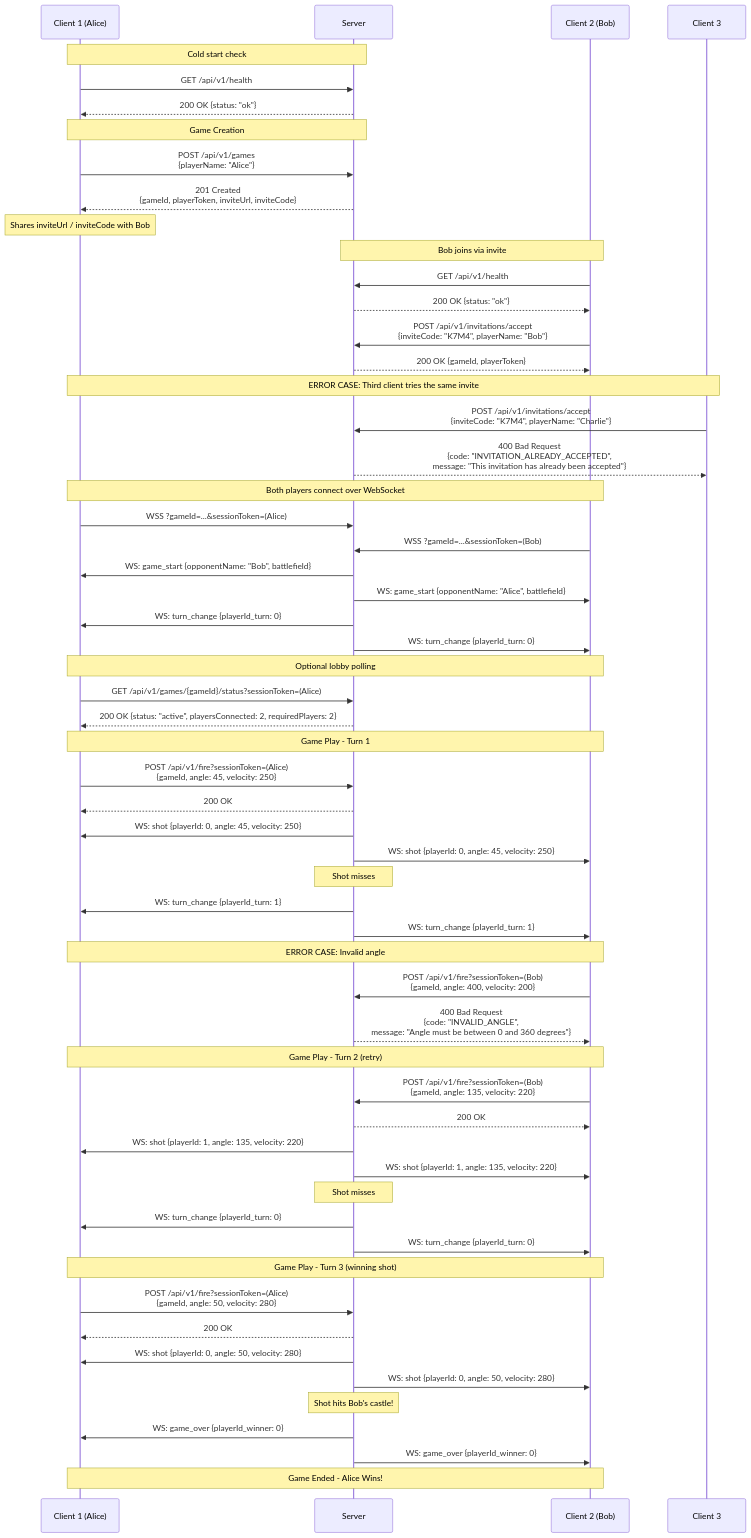
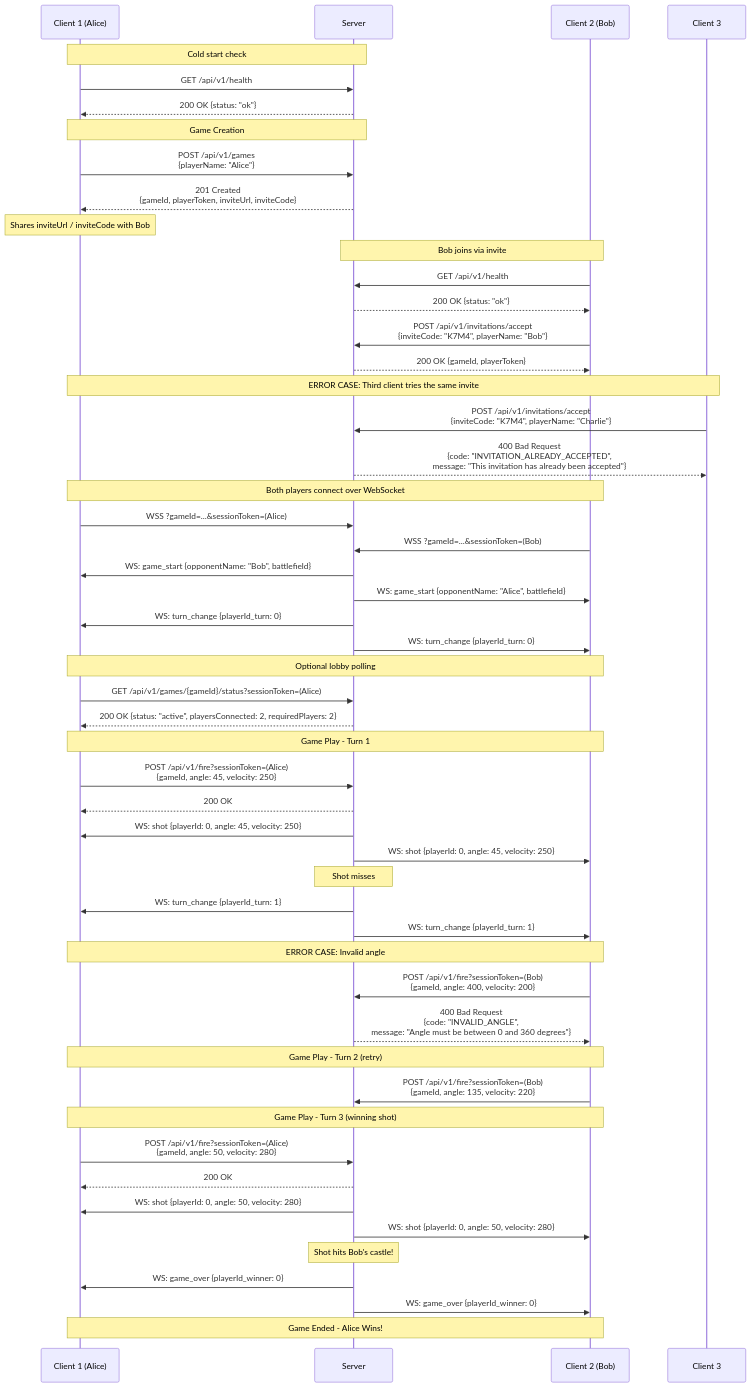
The second of 2 diagrams in docs/api/API.md (Pro-duck400/SuperArtillery), drawn with Mermaid before and after one commit. The commit also changed other lines of this file and 48 other files, not shown here.

````diff
--- a/docs/api/API.md
+++ b/docs/api/API.md
@@ -195,71 +249,65 @@
 ```mermaid
 sequenceDiagram
     participant C1 as Client 1 (Alice)
     participant Server
     participant C2 as Client 2 (Bob)
     participant C3 as Client 3
 
     Note over C1,Server: Cold start check
     C1->>Server: GET /api/v1/health
     Server-->>C1: 200 OK {status: "ok"}
 
     Note over C1,Server: Game Creation
     C1->>Server: POST /api/v1/games<br/>{playerName: "Alice"}
     Server-->>C1: 201 Created<br/>{gameId, playerToken, inviteUrl, inviteCode}
     Note over C1: Shares inviteUrl / inviteCode with Bob
 
     Note over C2,Server: Bob joins via invite
     C2->>Server: GET /api/v1/health
     Server-->>C2: 200 OK {status: "ok"}
     C2->>Server: POST /api/v1/invitations/accept<br/>{inviteCode: "K7M4", playerName: "Bob"}
     Server-->>C2: 200 OK {gameId, playerToken}
 
     Note over C1,C3: ERROR CASE: Third client tries the same invite
     C3->>Server: POST /api/v1/invitations/accept<br/>{inviteCode: "K7M4", playerName: "Charlie"}
     Server-->>C3: 400 Bad Request<br/>{code: "INVITATION_ALREADY_ACCEPTED",<br/>message: "This invitation has already been accepted"}
 
     Note over C1,C2: Both players connect over WebSocket
     C1->>Server: WSS ?gameId=...&sessionToken=(Alice)
     C2->>Server: WSS ?gameId=...&sessionToken=(Bob)
     Server->>C1: WS: game_start {opponentName: "Bob", battlefield}
     Server->>C2: WS: game_start {opponentName: "Alice", battlefield}
     Server->>C1: WS: turn_change {playerId_turn: 0}
     Server->>C2: WS: turn_change {playerId_turn: 0}
 
     Note over C1,C2: Optional lobby polling
     C1->>Server: GET /api/v1/games/{gameId}/status?sessionToken=(Alice)
     Server-->>C1: 200 OK {status: "active", playersConnected: 2, requiredPlayers: 2}
 
     Note over C1,C2: Game Play - Turn 1
     C1->>Server: POST /api/v1/fire?sessionToken=(Alice)<br/>{gameId, angle: 45, velocity: 250}
     Server-->>C1: 200 OK
     Server->>C1: WS: shot {playerId: 0, angle: 45, velocity: 250}
     Server->>C2: WS: shot {playerId: 0, angle: 45, velocity: 250}
     Note over Server: Shot misses
     Server->>C1: WS: turn_change {playerId_turn: 1}
     Server->>C2: WS: turn_change {playerId_turn: 1}
 
     Note over C1,C2: ERROR CASE: Invalid angle
     C2->>Server: POST /api/v1/fire?sessionToken=(Bob)<br/>{gameId, angle: 400, velocity: 200}
     Server-->>C2: 400 Bad Request<br/>{code: "INVALID_ANGLE",<br/>message: "Angle must be between 0 and 360 degrees"}
 
     Note over C1,C2: Game Play - Turn 2 (retry)
     C2->>Server: POST /api/v1/fire?sessionToken=(Bob)<br/>{gameId, angle: 135, velocity: 220}
-    Server-->>C2: 200 OK
-    Server->>C1: WS: shot {playerId: 1, angle: 135, velocity: 220}
-    Server->>C2: WS: shot {playerId: 1, angle: 135, velocity: 220}
-    Note over Server: Shot misses
-    Server->>C1: WS: turn_change {playerId_turn: 0}
-    Server->>C2: WS: turn_change {playerId_turn: 0}
 
     Note over C1,C2: Game Play - Turn 3 (winning shot)
     C1->>Server: POST /api/v1/fire?sessionToken=(Alice)<br/>{gameId, angle: 50, velocity: 280}
     Server-->>C1: 200 OK
     Server->>C1: WS: shot {playerId: 0, angle: 50, velocity: 280}
     Server->>C2: WS: shot {playerId: 0, angle: 50, velocity: 280}
     Note over Server: Shot hits Bob's castle!
     Server->>C1: WS: game_over {playerId_winner: 0}
     Server->>C2: WS: game_over {playerId_winner: 0}
 
     Note over C1,C2: Game Ended - Alice Wins!
 ```
````
